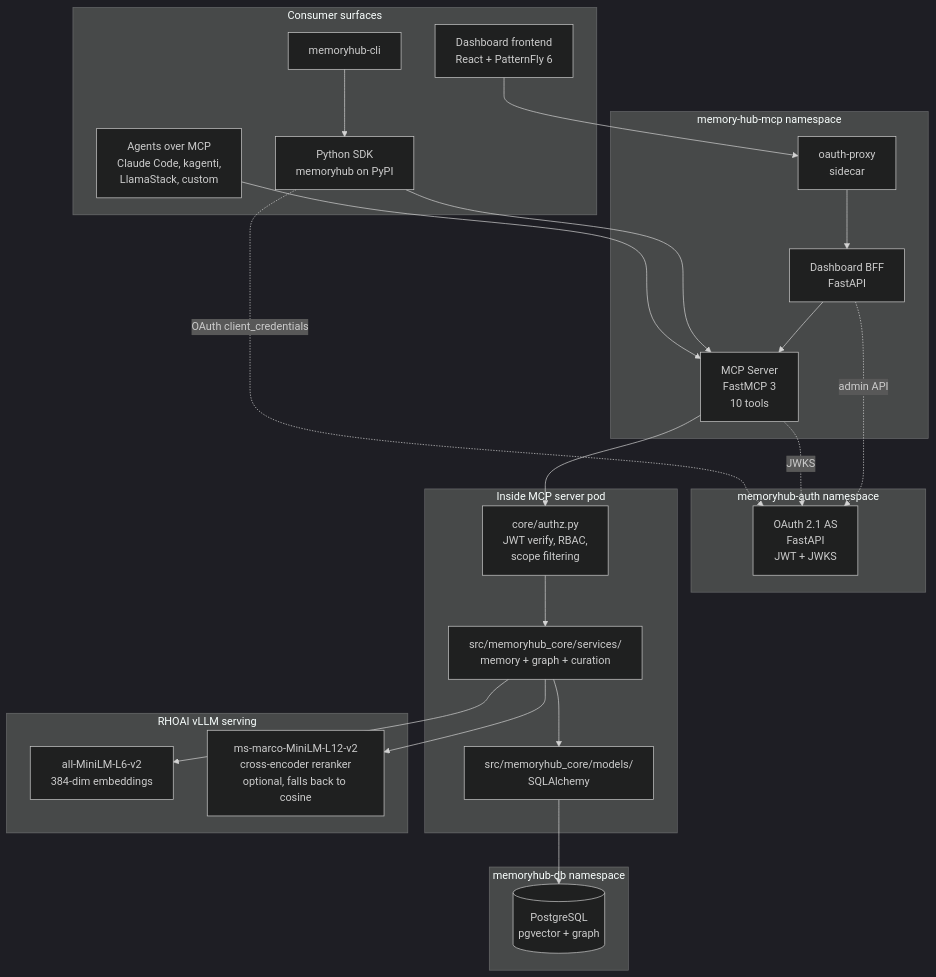
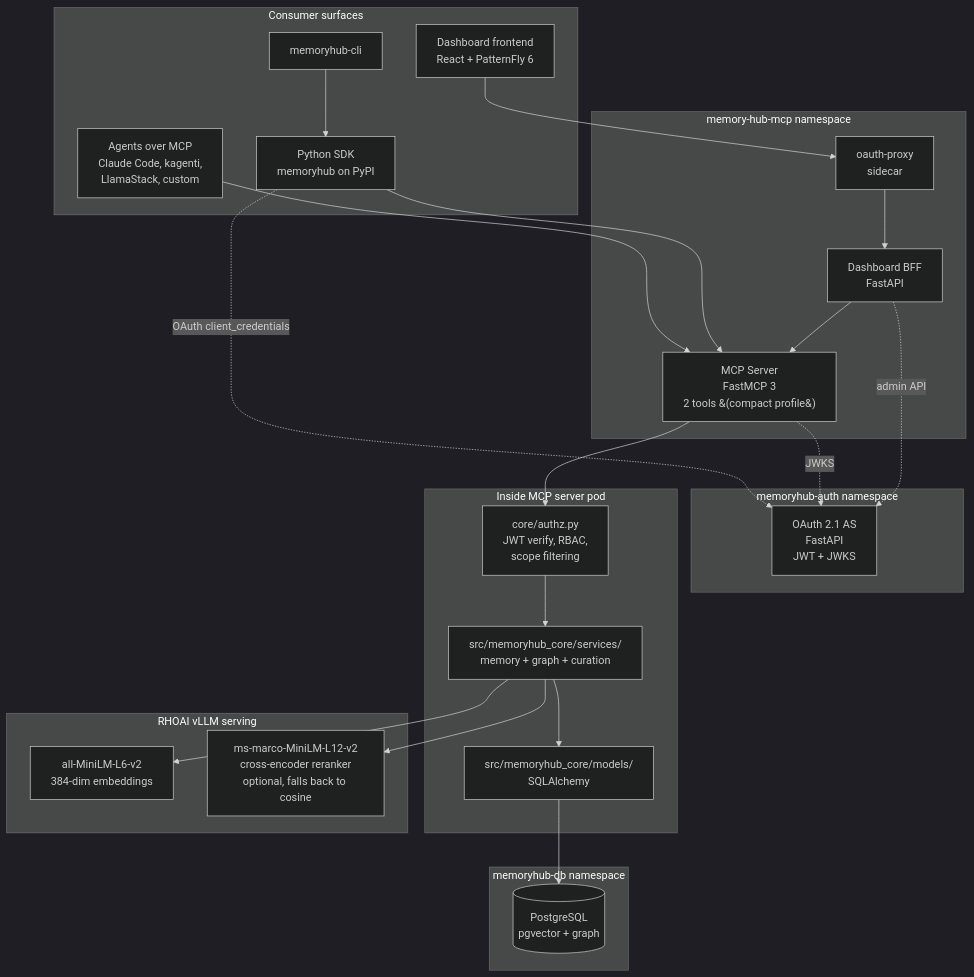
The first of 4 diagrams in docs/ARCHITECTURE.md (redhat-ai-americas/memory-hub), drawn with Mermaid (dark theme) before and after one commit. The commit also changed other lines of this file and 8 other files, not shown here.

````diff
--- a/docs/ARCHITECTURE.md
+++ b/docs/ARCHITECTURE.md
@@ -9,51 +9,51 @@
 ```mermaid
 graph TB
     subgraph "Consumer surfaces"
         AGENT[Agents over MCP<br/>Claude Code, kagenti,<br/>LlamaStack, custom]
         SDK[Python SDK<br/>memoryhub on PyPI]
         CLI[memoryhub-cli]
         UI_FE[Dashboard frontend<br/>React + PatternFly 6]
     end
 
     subgraph "memory-hub-mcp namespace"
-        MCP[MCP Server<br/>FastMCP 3<br/>10 tools]
+        MCP[MCP Server<br/>FastMCP 3<br/>2 tools &#40;compact profile&#41;]
         UI_BE[Dashboard BFF<br/>FastAPI]
         OAP[oauth-proxy<br/>sidecar]
     end
 
     subgraph "memoryhub-auth namespace"
         AUTH[OAuth 2.1 AS<br/>FastAPI<br/>JWT + JWKS]
     end
 
     subgraph "Inside MCP server pod"
         AUTHZ[core/authz.py<br/>JWT verify, RBAC,<br/>scope filtering]
         SVC[src/memoryhub_core/services/<br/>memory + graph + curation]
         MOD[src/memoryhub_core/models/<br/>SQLAlchemy]
     end
 
     subgraph "memoryhub-db namespace"
         PG[(PostgreSQL<br/>pgvector + graph)]
     end
 
     subgraph "RHOAI vLLM serving"
         EMB[all-MiniLM-L6-v2<br/>384-dim embeddings]
         RR[ms-marco-MiniLM-L12-v2<br/>cross-encoder reranker<br/>optional, falls back to cosine]
     end
 
     AGENT --> MCP
     SDK --> MCP
     CLI --> SDK
     UI_FE --> OAP --> UI_BE --> MCP
 
     SDK -. OAuth client_credentials .-> AUTH
     MCP -. JWKS .-> AUTH
     UI_BE -. admin API .-> AUTH
 
     MCP --> AUTHZ
     AUTHZ --> SVC
     SVC --> MOD
     MOD --> PG
 
     SVC --> EMB
     SVC --> RR
 ```
````
